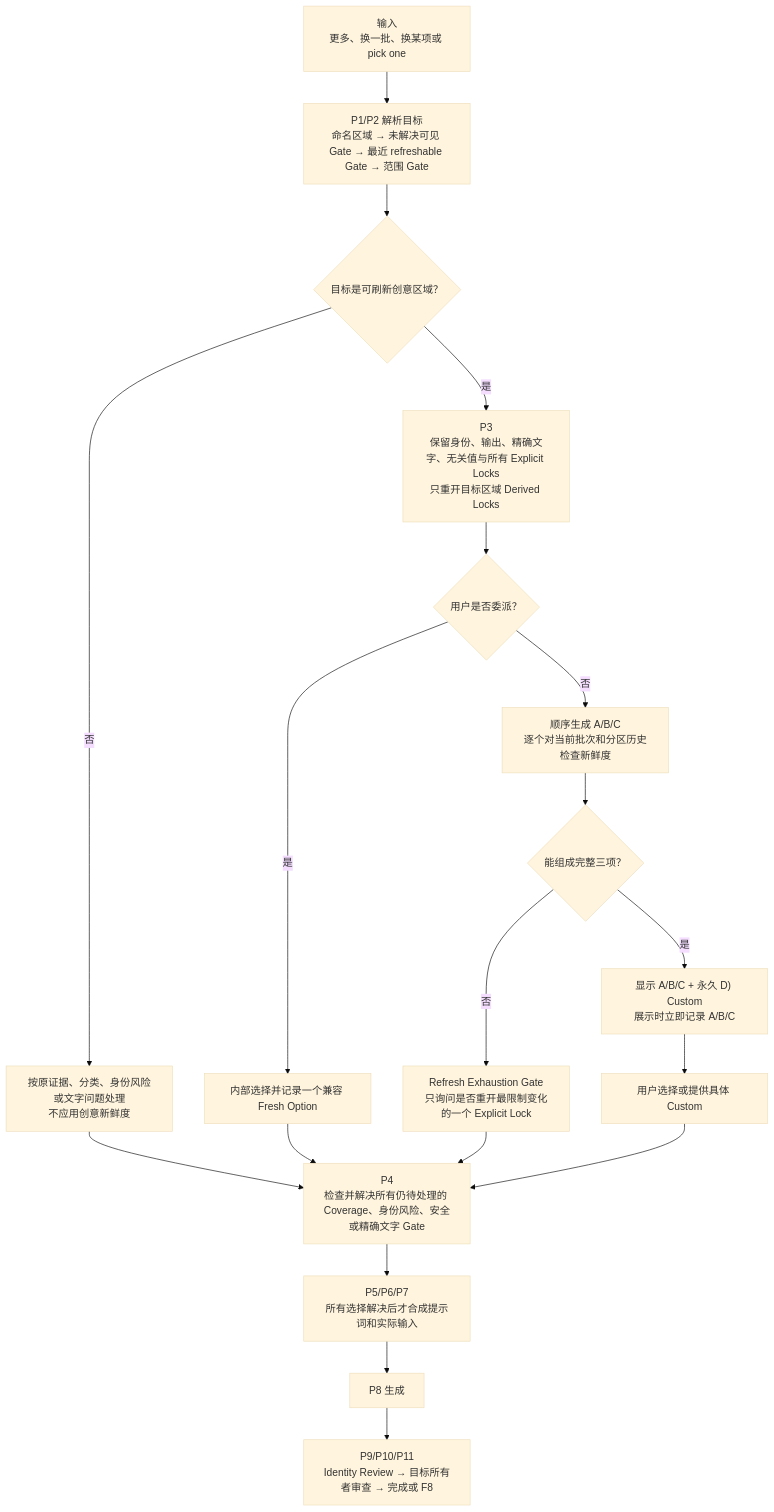
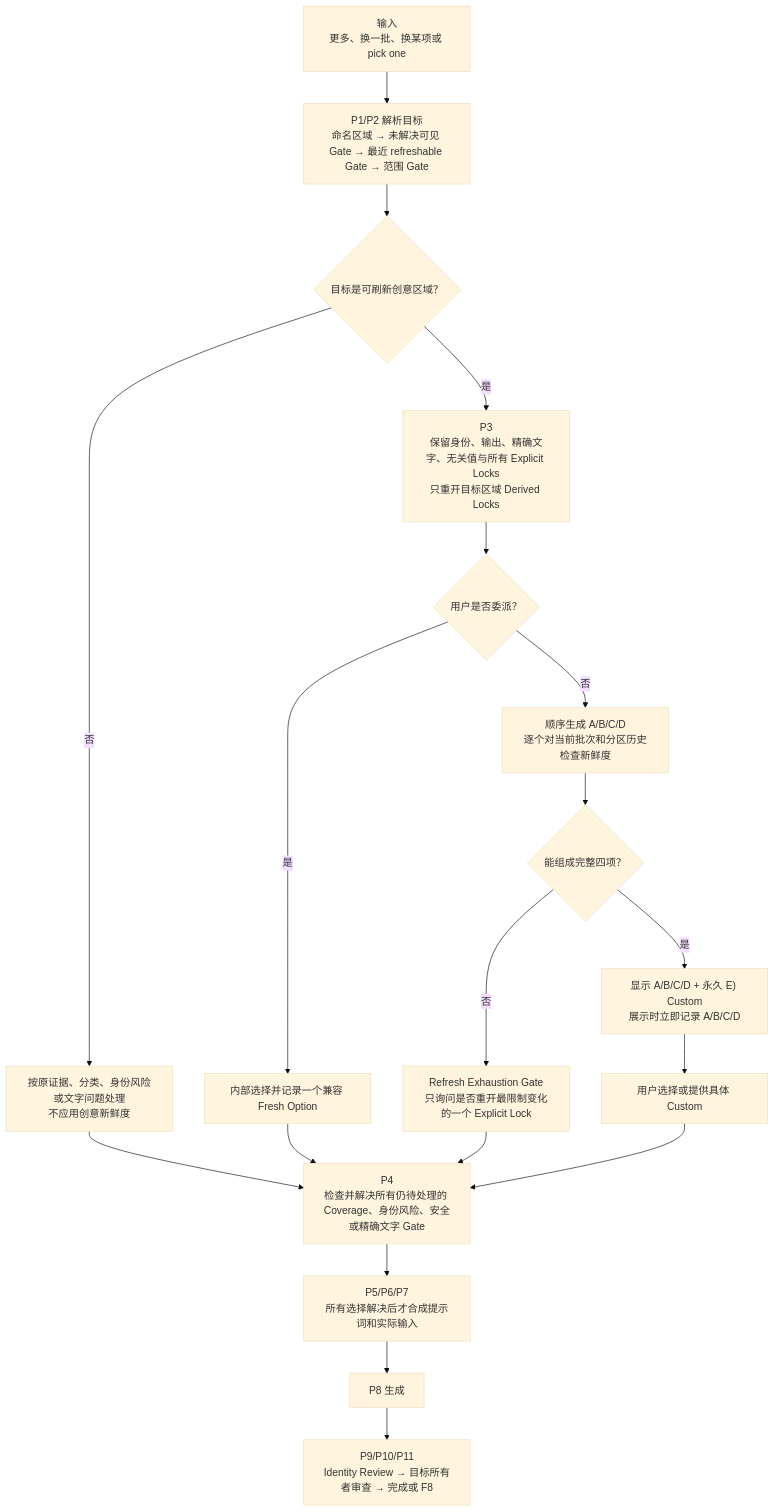
The ninth of 13 diagrams in docs/architecture.md (cyaoc/cast-me), drawn with Mermaid (base theme) before and after one commit. The commit also changed other lines of this file and 6 other files, not shown here.

````diff
--- a/docs/architecture.md
+++ b/docs/architecture.md
@@ -380,21 +380,21 @@
 ```mermaid
 flowchart TD
     U["输入<br/>更多、换一批、换某项或 pick one"] --> TARGET["P1/P2 解析目标<br/>命名区域 → 未解决可见 Gate → 最近 refreshable Gate → 范围 Gate"]
     TARGET --> CLASS{"目标是可刷新创意区域？"}
     CLASS -- 否 --> FOCUSED["按原证据、分类、身份风险或文字问题处理<br/>不应用创意新鲜度"]
     CLASS -- 是 --> STATE["P3<br/>保留身份、输出、精确文字、无关值与所有 Explicit Locks<br/>只重开目标区域 Derived Locks"]
     STATE --> DELEGATE{"用户是否委派？"}
     DELEGATE -- 是 --> PICK["内部选择并记录一个兼容 Fresh Option"]
-    DELEGATE -- 否 --> BATCH["顺序生成 A/B/C<br/>逐个对当前批次和分区历史检查新鲜度"]
-    BATCH --> FULL{"能组成完整三项？"}
+    DELEGATE -- 否 --> BATCH["顺序生成 A/B/C/D<br/>逐个对当前批次和分区历史检查新鲜度"]
+    BATCH --> FULL{"能组成完整四项？"}
     FULL -- 否 --> EX["Refresh Exhaustion Gate<br/>只询问是否重开最限制变化的一个 Explicit Lock"]
-    FULL -- 是 --> SHOW["显示 A/B/C + 永久 D) Custom<br/>展示时立即记录 A/B/C"]
+    FULL -- 是 --> SHOW["显示 A/B/C/D + 永久 E) Custom<br/>展示时立即记录 A/B/C/D"]
     SHOW --> SELECT["用户选择或提供具体 Custom"]
     PICK --> READY
     FOCUSED --> READY
     SELECT --> READY["P4<br/>检查并解决所有仍待处理的 Coverage、身份风险、安全或精确文字 Gate"]
     EX --> READY
     READY --> P["P5/P6/P7<br/>所有选择解决后才合成提示词和实际输入"]
     P --> GEN["P8 生成"]
     GEN --> R["P9/P10/P11<br/>Identity Review → 目标所有者审查 → 完成或 F8"]
 ```
````
